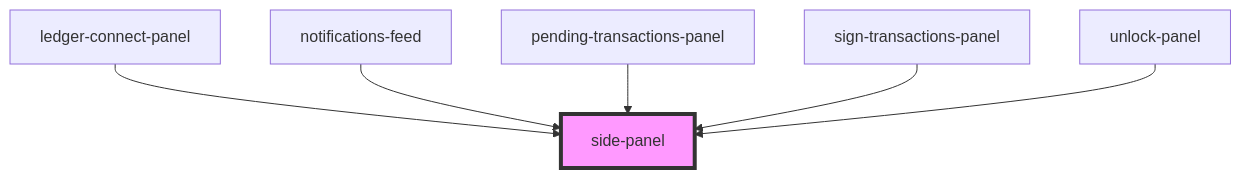
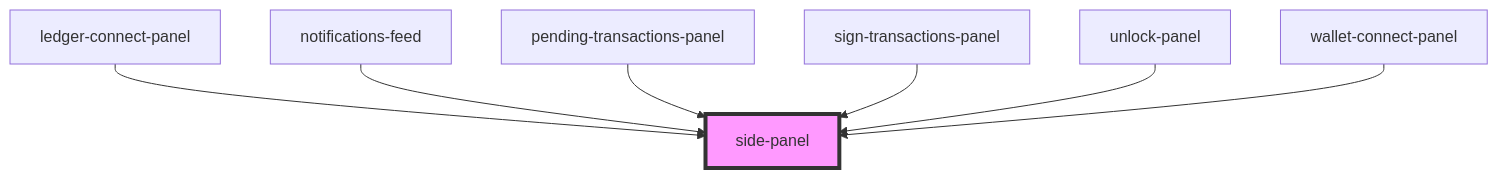
The diagram in src/components/visual/side-panel/readme.md (multiversx/mx-sdk-dapp-ui), drawn with Mermaid before and after one commit. The commit also changed other lines of this file and 2 other files, not shown here.

````diff
--- a/src/components/visual/side-panel/readme.md
+++ b/src/components/visual/side-panel/readme.md
@@ -35,9 +36,10 @@
 ```mermaid
 graph TD;
   ledger-connect-panel --> side-panel
   notifications-feed --> side-panel
   pending-transactions-panel --> side-panel
   sign-transactions-panel --> side-panel
   unlock-panel --> side-panel
+  wallet-connect-panel --> side-panel
   style side-panel fill:#f9f,stroke:#333,stroke-width:4px
 ```
````
